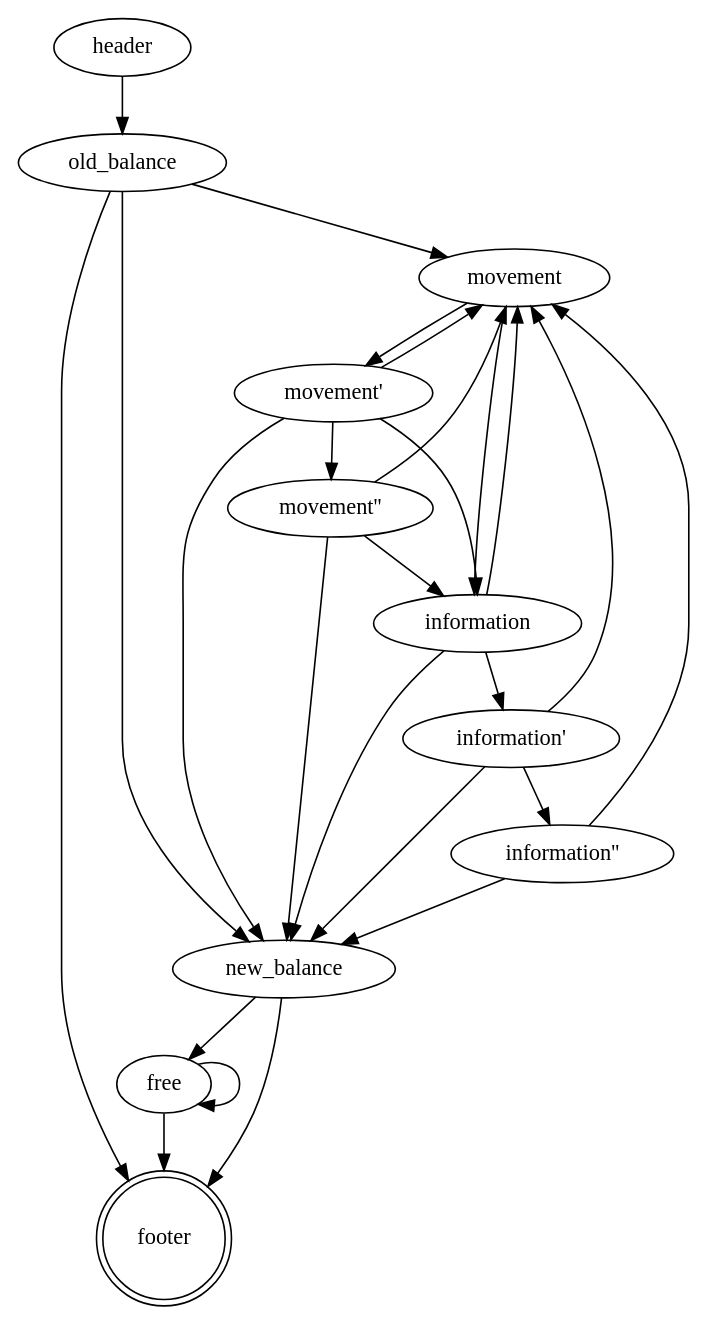
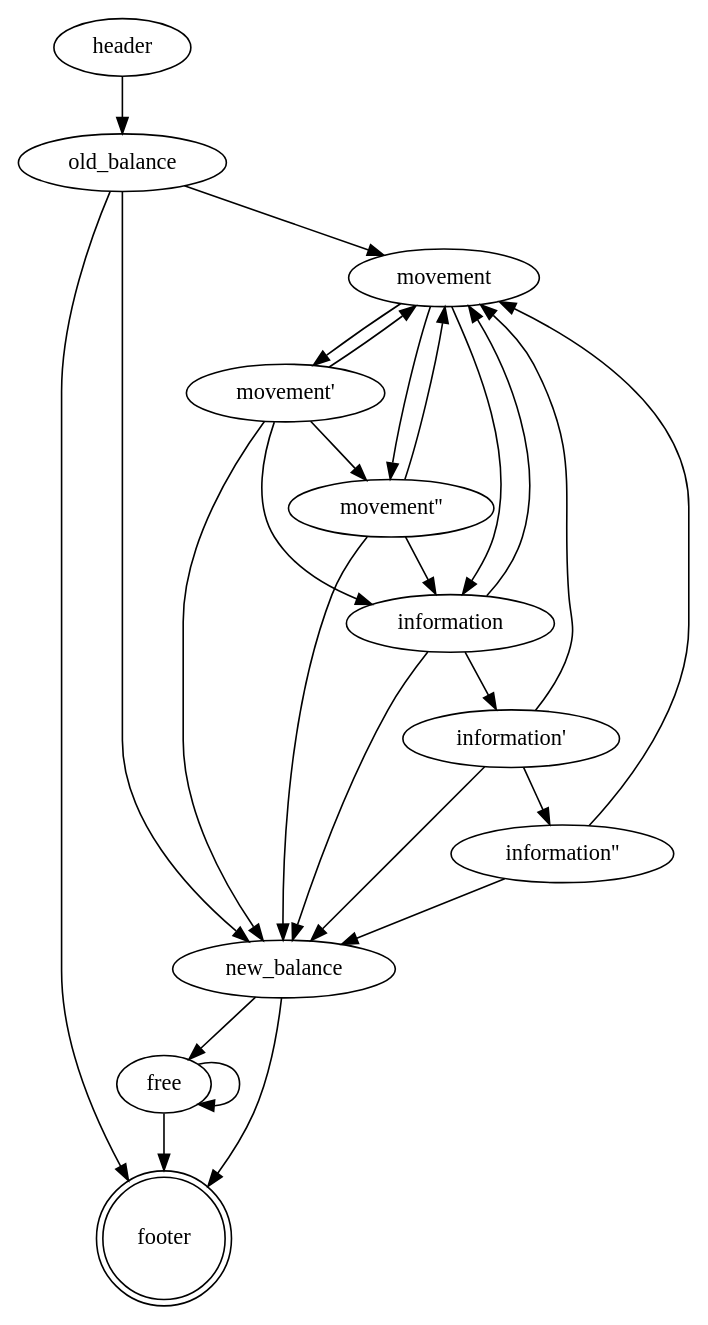
One commit to ghuysmans/coda changed the diagram in grammar.dot. Above: the diagram before and after it, drawn with Graphviz. The commit also changed 3 other files, not shown here.

```diff
--- a/grammar.dot
+++ b/grammar.dot
@@ -1,32 +1,33 @@
 //TODO node[style=dashed,penwidth=2]?
 //TODO a->b[style=dashed] with next_*?
 digraph {
 0 [label=header]
 1 [label=old_balance]
 21 [label=movement]
 22 [label="movement'"]
 23 [label="movement''"]
 31 [label=information]
 32 [label="information'"]
 33 [label="information''"]
 4 [label=free]
 8 [label=new_balance]
 9 [label=footer, shape=doublecircle] //FIXME ellipsis?
 0 -> 1 -> 21 -> 31 -> 8 -> 4 -> 9
 4 -> 4
 1 -> 8
 1 -> 9
 8 -> 9
 21 -> 22 -> 23 -> 31
+21 -> 23
 22 -> 31
 22 -> 21
 22 -> 8
 23 -> 21
 23 -> 8
 31 -> 32 -> 33
 31 -> 21
 32 -> 21
 32 -> 8
 33 -> 21
 33 -> 8
 }
```
